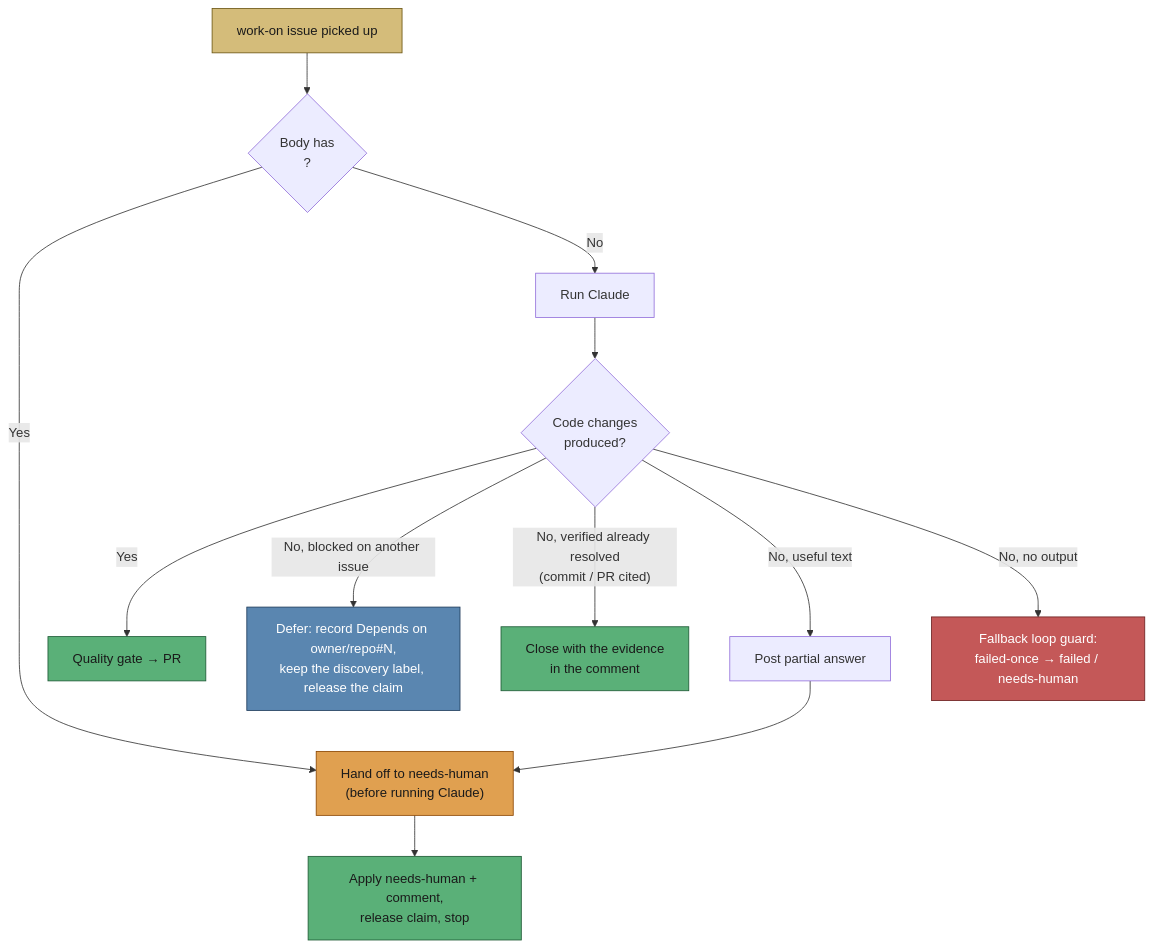
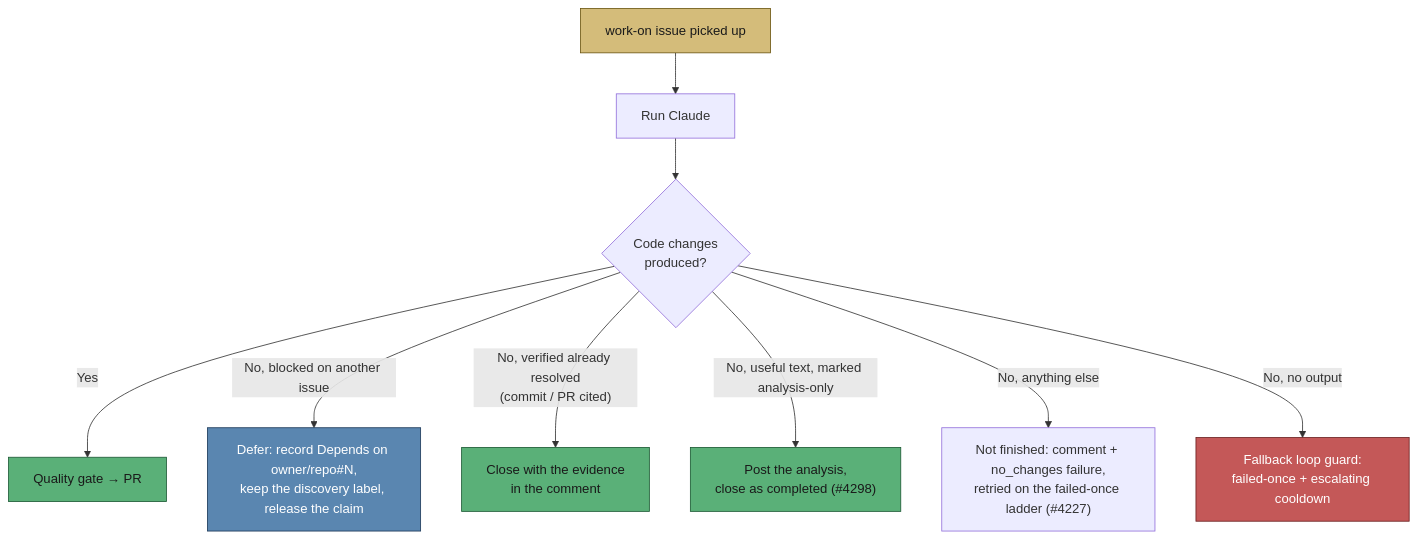
One commit to stSoftwareAU/VibeCoder changed diagram 11 of 17 in docs/workflows/issue-processing.md. Above: the diagram before and after it, drawn with Mermaid. The commit also changed other lines of this file and 719 other files, not shown here.

First line of the commit message:
One-off command to clear failed labels left by worker gates (Issue #4132) (#4355)

````diff
--- a/docs/workflows/issue-processing.md
+++ b/docs/workflows/issue-processing.md
@@ -859,20 +856,17 @@
 ```mermaid
 flowchart TD
-  Pick["work-on issue picked up"] --> Marker{"Body has<br/><!-- analysis-only --> ?"}
-  Marker -->|Yes| HandOff["Hand off to needs-human<br/>(before running Claude)"]
-  Marker -->|No| Run["Run Claude"]
+  Pick["work-on issue picked up"] --> Run["Run Claude"]
   Run --> Changes{"Code changes<br/>produced?"}
   Changes -->|Yes| PR["Quality gate → PR"]
   Changes -->|"No, blocked on another issue"| Defer["Defer: record Depends on owner/repo#N,<br/>keep the discovery label, release the claim"]
   Changes -->|"No, verified already resolved<br/>(commit / PR cited)"| Close["Close with the evidence<br/>in the comment"]
-  Changes -->|"No, useful text"| Partial["Post partial answer"] --> HandOff
-  Changes -->|"No, no output"| Guard["Fallback loop guard:<br/>failed-once → failed / needs-human"]
-  HandOff --> Stop["Apply needs-human + comment,<br/>release claim, stop"]
+  Changes -->|"No, useful text, marked analysis-only"| Done["Post the analysis,<br/>close as completed (#4298)"]
+  Changes -->|"No, anything else"| Retry["Not finished: comment + no_changes failure,<br/>retried on the failed-once ladder (#4227)"]
+  Changes -->|"No, no output"| Guard["Fallback loop guard:<br/>failed-once + escalating cooldown"]
   style Pick fill:#d4bc7a,stroke:#6b5510,color:#1a1a1a
-  style HandOff fill:#e0a050,stroke:#8b4500,color:#1a1a1a
-  style Stop fill:#5ab078,stroke:#1d5a35,color:#1a1a1a
+  style Done fill:#5ab078,stroke:#1d5a35,color:#1a1a1a
   style PR fill:#5ab078,stroke:#1d5a35,color:#1a1a1a
   style Guard fill:#c45858,stroke:#6b2020,color:#fff
   style Defer fill:#5a86b0,stroke:#1d3a5a,color:#fff
   style Close fill:#5ab078,stroke:#1d5a35,color:#1a1a1a
 ```
````
